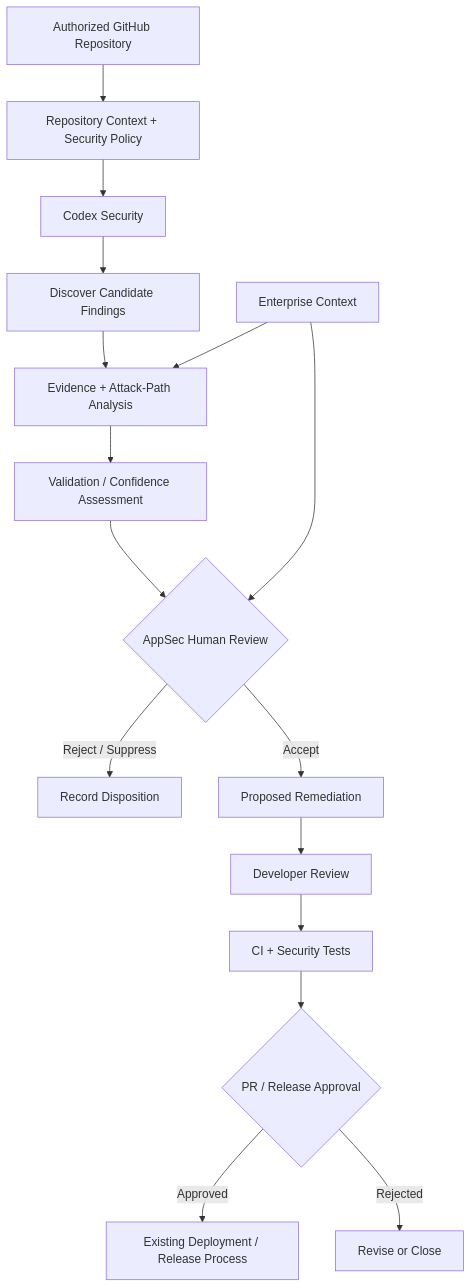
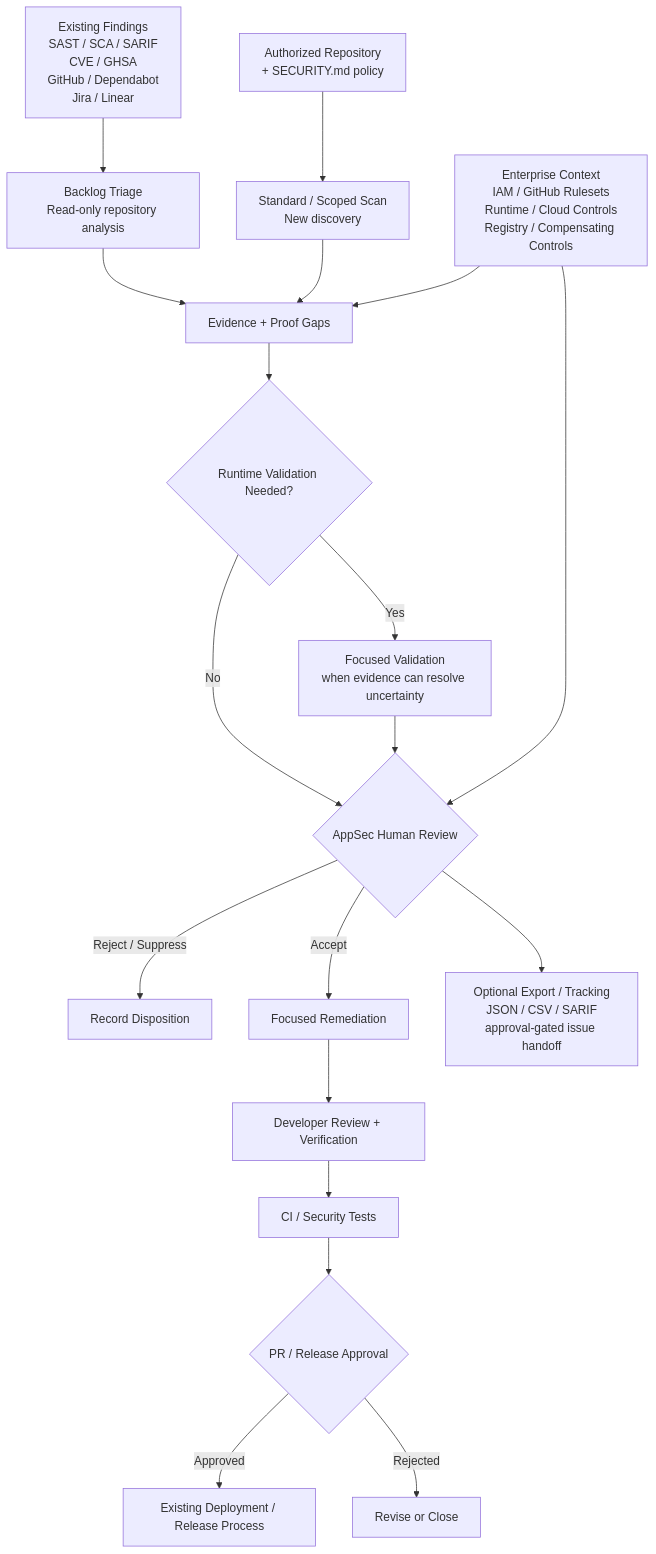
The diagram in architecture/workflow.md (keith-manville/codex-security-enterprise-pilot), drawn with Mermaid before and after one commit. The commit also changed other lines of this file and 6 other files, not shown here.

````diff
--- a/architecture/workflow.md
+++ b/architecture/workflow.md
@@ -11,18 +16,28 @@
 ```mermaid
 flowchart TD
-    A["Authorized GitHub Repository"] --> B["Repository Context + Security Policy"]
-    B --> C["Codex Security"]
-    C --> D["Discover Candidate Findings"]
-    D --> E["Evidence + Attack-Path Analysis"]
-    E --> F["Validation / Confidence Assessment"]
-    F --> G{"AppSec Human Review"}
-    G -->|Reject / Suppress| H["Record Disposition"]
-    G -->|Accept| I["Proposed Remediation"]
-    I --> J["Developer Review"]
-    J --> K["CI + Security Tests"]
-    K --> L{"PR / Release Approval"}
-    L -->|Approved| M["Existing Deployment / Release Process"]
-    L -->|Rejected| N["Revise or Close"]
-    O["Enterprise Context"] --> E
-    O --> G
+    A["Existing Findings<br/>SAST / SCA / SARIF<br/>CVE / GHSA<br/>GitHub / Dependabot<br/>Jira / Linear"] --> B["Backlog Triage<br/>Read-only repository analysis"]
+    C["Authorized Repository<br/>+ SECURITY.md policy"] --> D["Standard / Scoped Scan<br/>New discovery"]
+
+    B --> E["Evidence + Proof Gaps"]
+    D --> E
+
+    E --> F{"Runtime Validation Needed?"}
+    F -->|Yes| G["Focused Validation<br/>when evidence can resolve uncertainty"]
+    F -->|No| H{"AppSec Human Review"}
+    G --> H
+
+    I["Enterprise Context<br/>IAM / GitHub Rulesets<br/>Runtime / Cloud Controls<br/>Registry / Compensating Controls"] --> E
+    I --> H
+
+    H -->|Reject / Suppress| J["Record Disposition"]
+    H -->|Accept| K["Focused Remediation"]
+
+    K --> L["Developer Review + Verification"]
+    L --> M["CI / Security Tests"]
+    M --> N{"PR / Release Approval"}
+
+    N -->|Approved| O["Existing Deployment / Release Process"]
+    N -->|Rejected| P["Revise or Close"]
+
+    H --> Q["Optional Export / Tracking<br/>JSON / CSV / SARIF<br/>approval-gated issue handoff"]
 ```
````
